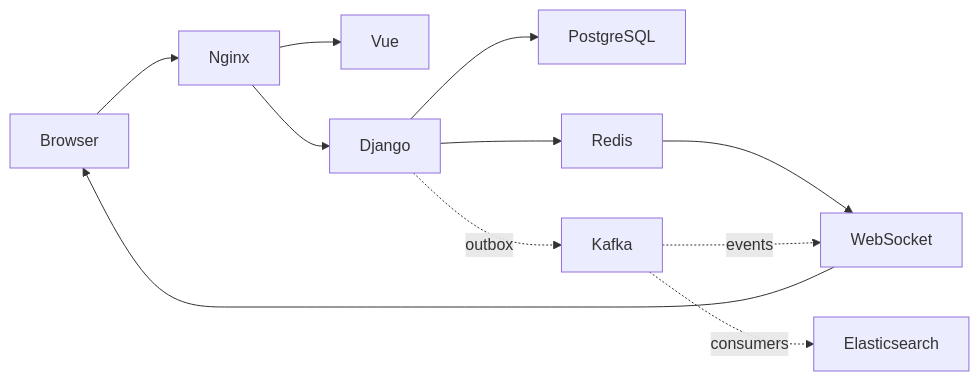
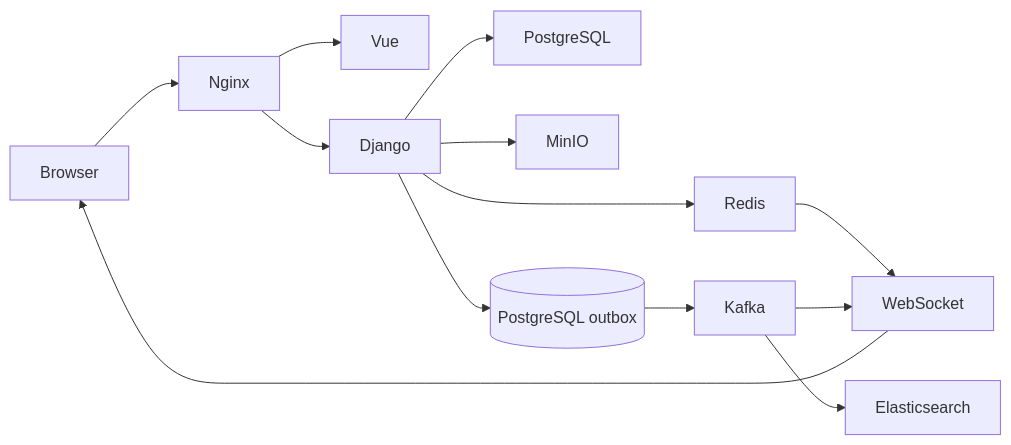
The diagram in README.md (kram3ko/ThreadFlow), drawn with Mermaid before and after one commit. The commit also changed other lines of this file and 74 other files, not shown here.

````diff
--- a/README.md
+++ b/README.md
@@ -36,13 +42,15 @@
 ```mermaid
 flowchart LR
     Browser --> Nginx
     Nginx --> Vue
     Nginx --> Django
     Django --> PostgreSQL
     Django --> Redis
     Redis --> WebSocket
     WebSocket --> Browser
-    Django -. outbox .-> Kafka
-    Kafka -. consumers .-> Elasticsearch
-    Kafka -. events .-> WebSocket
+    Django --> MinIO
+    Django --> Outbox[(PostgreSQL outbox)]
+    Outbox --> Kafka
+    Kafka --> Elasticsearch
+    Kafka --> WebSocket
 ```
````
